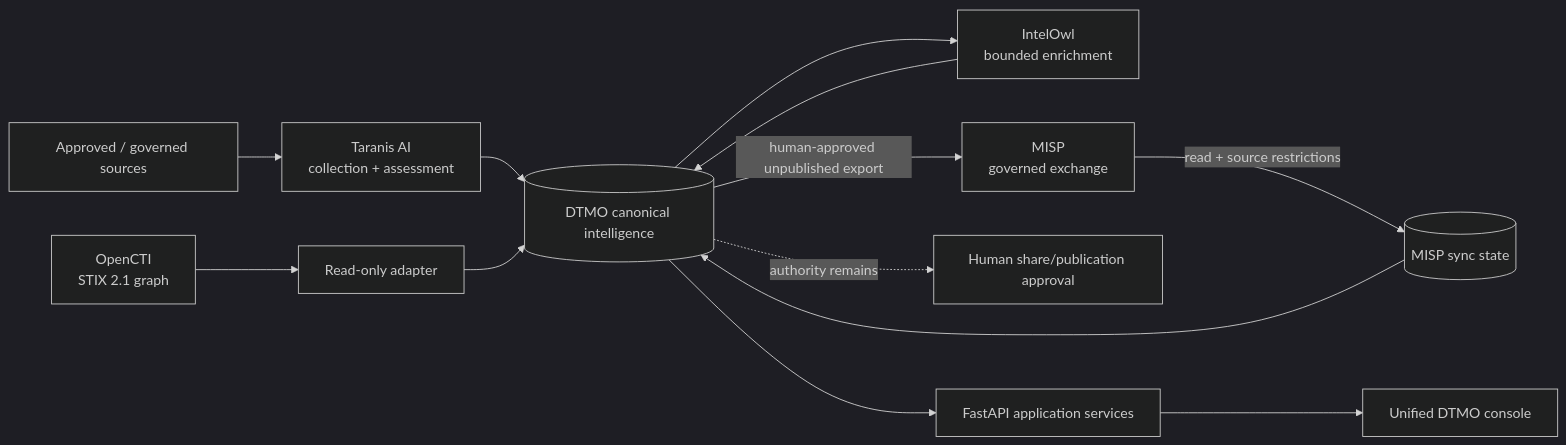
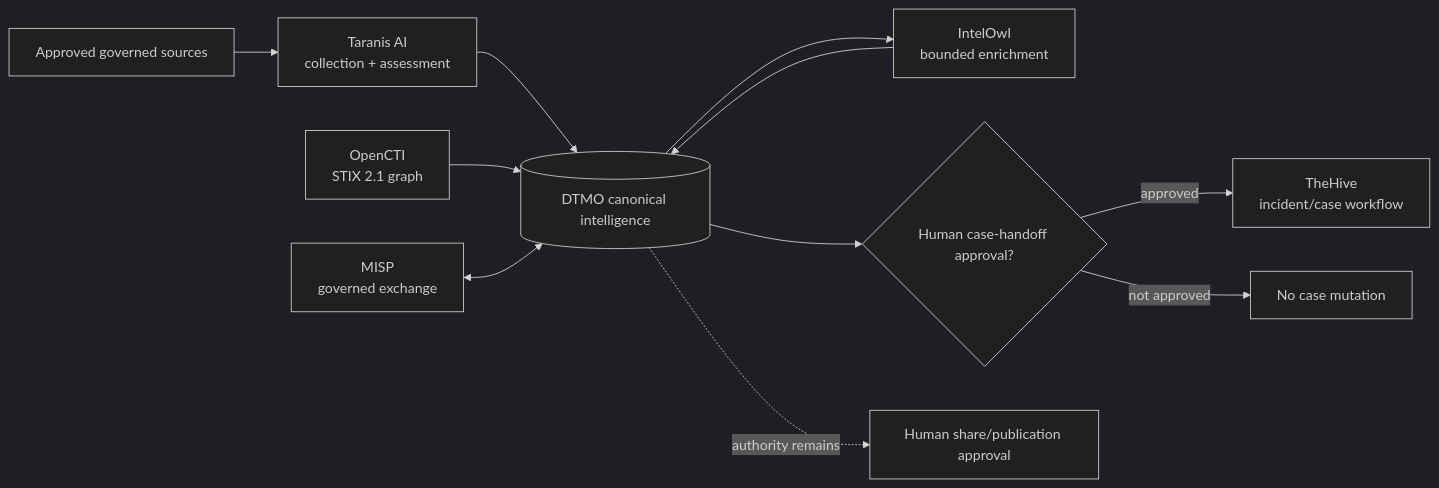
Before and after one commit to GJvManen/dtmo: the diagram in README.md, drawn with Mermaid (dark theme). The commit also changed other lines of this file, not shown here.

Commit message:
Advance README to Phase 11.6 TheHive contract

````diff
--- a/README.md
+++ b/README.md
@@ -35,15 +31,13 @@
 ```mermaid
 flowchart LR
-    S[Approved / governed sources] --> TAR[Taranis AI\ncollection + assessment]
+    S[Approved governed sources] --> TAR[Taranis AI\ncollection + assessment]
     TAR --> D[(DTMO canonical intelligence)]
     D --> OWL[IntelOwl\nbounded enrichment]
     OWL --> D
-    O[OpenCTI\nSTIX 2.1 graph] --> A[Read-only adapter]
-    A --> D
-    M[MISP\ngoverned exchange] -->|read + source restrictions| MS[(MISP sync state)]
-    MS --> D
-    D -->|human-approved unpublished export| M
-    D -. authority remains .-> H[Human share/publication approval]
-    D --> API[FastAPI application services]
-    API --> UI[Unified DTMO console]
+    O[OpenCTI\nSTIX 2.1 graph] --> D
+    M[MISP\ngoverned exchange] <--> D
+    D --> H{Human case-handoff approval?}
+    H -->|approved| TH[TheHive\nincident/case workflow]
+    H -->|not approved| N[No case mutation]
+    D -. authority remains .-> P[Human share/publication approval]
 ```
````
